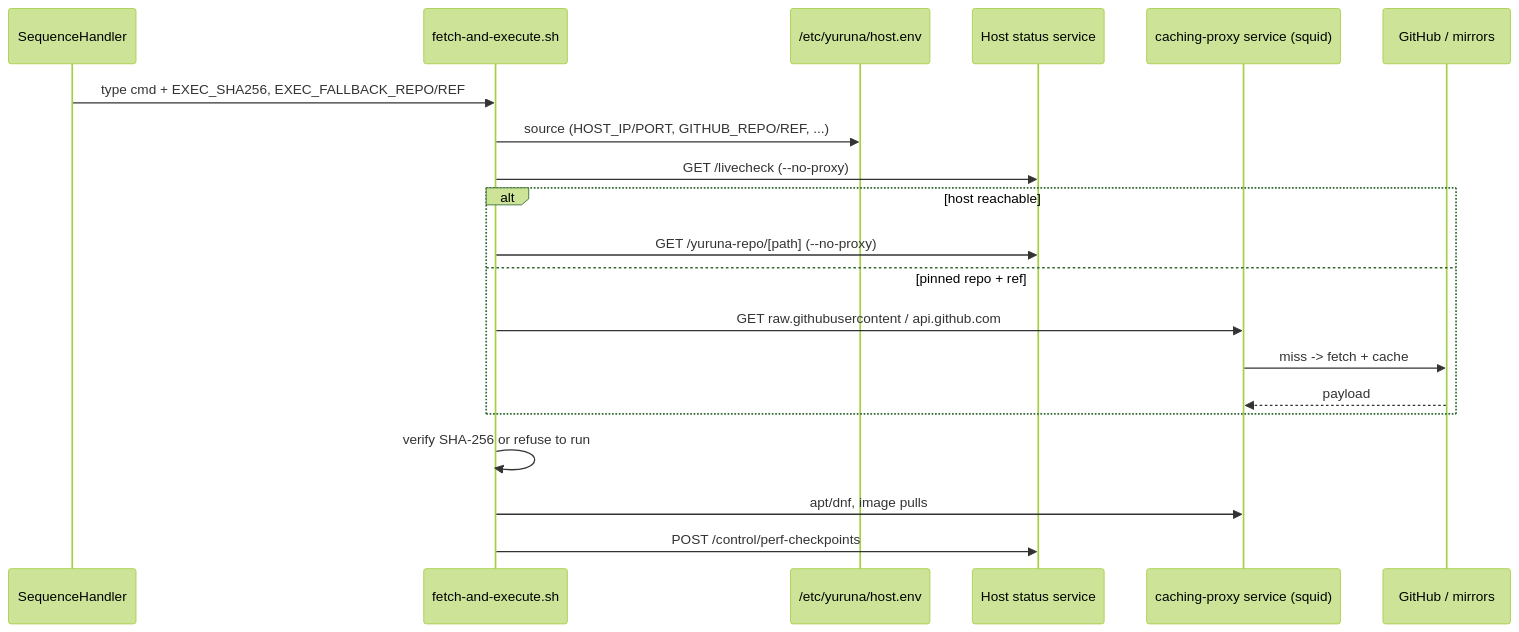
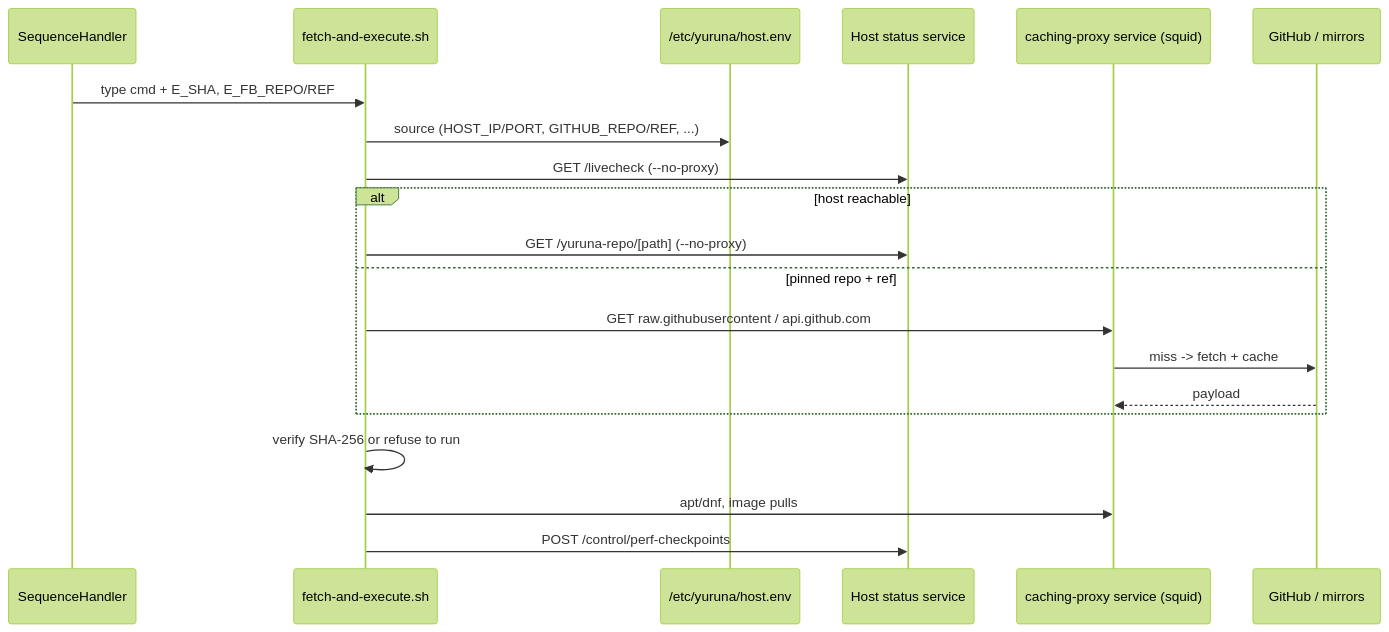
One commit to alissonsol/yuruna changed the third of 4 diagrams in docs/design/03-data-flows.md. Above: the diagram before and after it, drawn with Mermaid (forest theme). The commit also changed other lines of this file and 550 other files, not shown here.

````diff
--- a/docs/design/03-data-flows.md
+++ b/docs/design/03-data-flows.md
@@ -104,23 +104,23 @@
 ```mermaid
 sequenceDiagram
     participant Harness as SequenceHandler
     participant Guest as fetch-and-execute.sh
     participant HostEnv as /etc/yuruna/host.env
     participant StatusSrv as Host status service
     participant Proxy as caching-proxy service (squid)
     participant Upstream as GitHub / mirrors
 
-    Harness->>Guest: type cmd + EXEC_SHA256, EXEC_FALLBACK_REPO/REF
+    Harness->>Guest: type cmd + E_SHA, E_FB_REPO/REF
     Guest->>HostEnv: source (HOST_IP/PORT, GITHUB_REPO/REF, ...)
     Guest->>StatusSrv: GET /livecheck (--no-proxy)
     alt host reachable
         Guest->>StatusSrv: GET /yuruna-repo/[path] (--no-proxy)
     else pinned repo + ref
         Guest->>Proxy: GET raw.githubusercontent / api.github.com
         Proxy->>Upstream: miss -> fetch + cache
         Upstream-->>Proxy: payload
     end
     Guest->>Guest: verify SHA-256 or refuse to run
     Guest->>Proxy: apt/dnf, image pulls
     Guest->>StatusSrv: POST /control/perf-checkpoints
 ```
````
